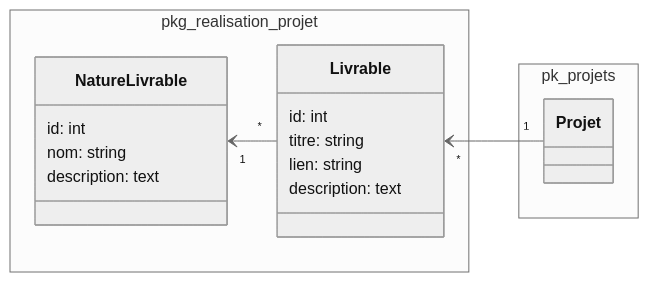
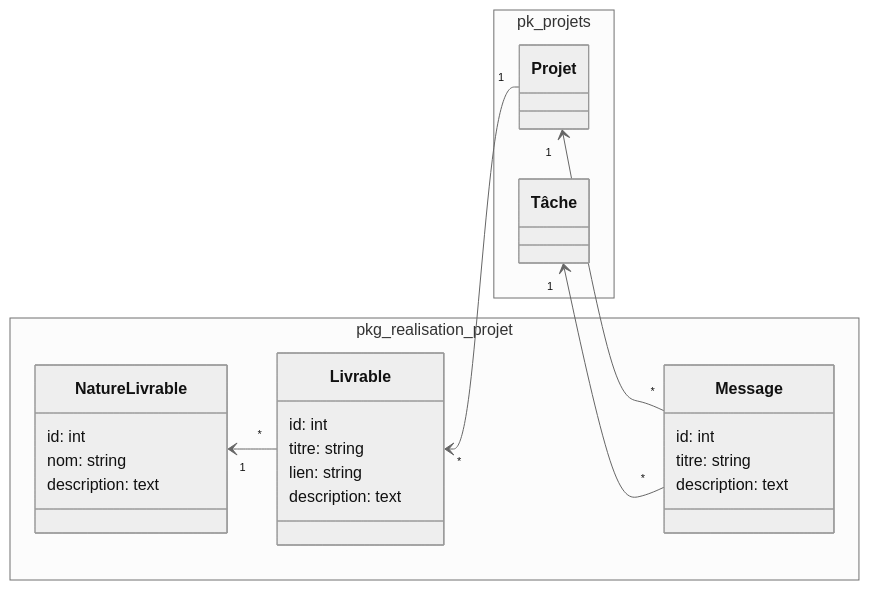
Before and after one commit to zaani12/prototype: the diagram in modélisation/pkg_realisation_projet/classes_pkg_realisation_projet.mmd, drawn with Mermaid (neutral theme). The commit also changed 19 other files, not shown here.

```diff
--- a/modélisation/pkg_realisation_projet/classes_pkg_realisation_projet.mmd
+++ b/modélisation/pkg_realisation_projet/classes_pkg_realisation_projet.mmd
@@ -1,27 +1,37 @@
 classDiagram
 
 direction RL
 
 namespace pk_projets {
 class Projet
+class Tâche
 }
 namespace pkg_realisation_projet {
 
 
   class Livrable {
     id: int
     titre: string
     lien: string
     description: text
   }
 
    class NatureLivrable {
     id: int
     nom: string
     description: text
   }
 
+  class Message {
+    id: int
+    titre: string
+    description: text
+  }
+
 }
 
 Projet "1" --> "*" Livrable
 Livrable "*" --> "1" NatureLivrable
+
+Message "*"--> "1" Tâche
+Message "*"--> "1" Projet
```
